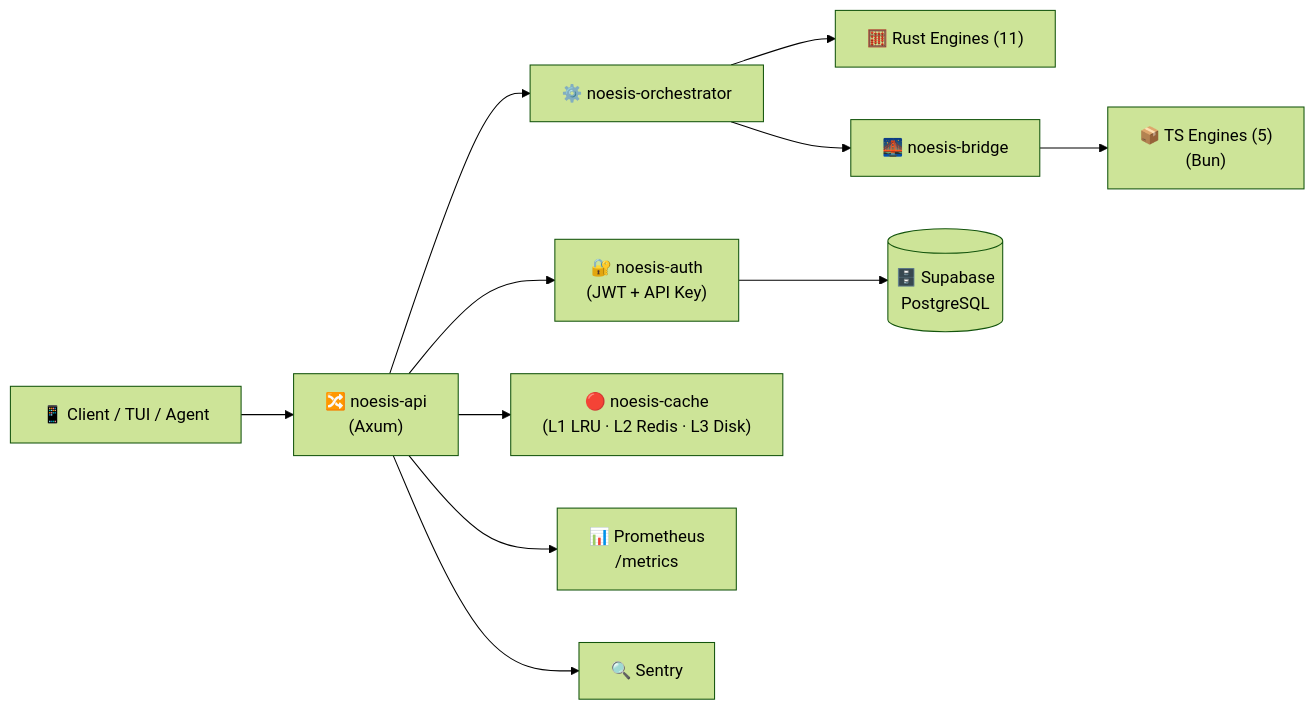
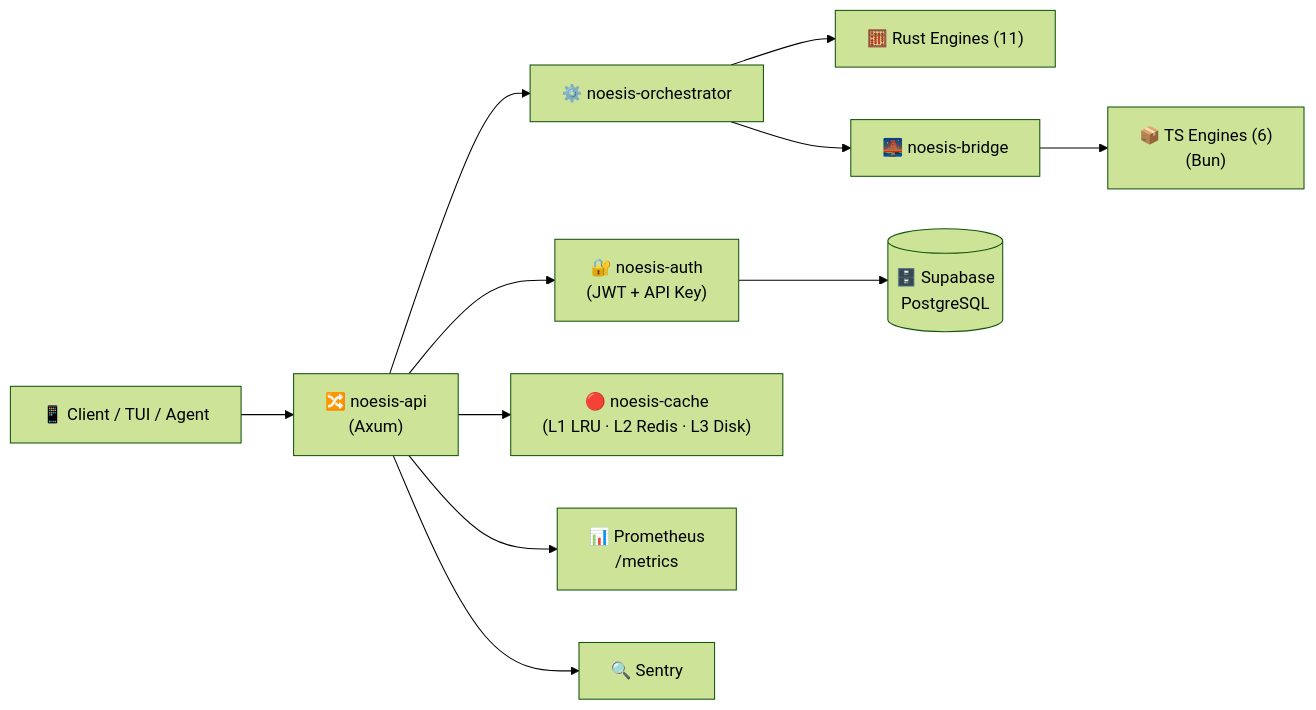
The diagram in README.md (Sheshiyer/Selemene-engine), drawn with Mermaid (forest theme) before and after one commit. The commit also changed other lines of this file and 38 other files, not shown here.

````diff
--- a/README.md
+++ b/README.md
@@ -523,13 +528,13 @@
 ```mermaid
 graph LR
     Client["📱 Client / TUI / Agent"] --> API["🔀 noesis-api<br>(Axum)"]
     API --> Auth["🔐 noesis-auth<br>(JWT + API Key)"]
     API --> Orch["⚙️ noesis-orchestrator"]
     Orch --> RE["🧮 Rust Engines (11)"]
     Orch --> Bridge["🌉 noesis-bridge"]
-    Bridge --> TSE["📦 TS Engines (5)<br>(Bun)"]
+    Bridge --> TSE["📦 TS Engines (6)<br>(Bun)"]
     API --> Cache["🔴 noesis-cache<br>(L1 LRU · L2 Redis · L3 Disk)"]
     Auth --> DB[("🗄️ Supabase<br>PostgreSQL")]
     API --> Metrics["📊 Prometheus<br>/metrics"]
     API --> Sentry["🔍 Sentry"]
 ```
````
